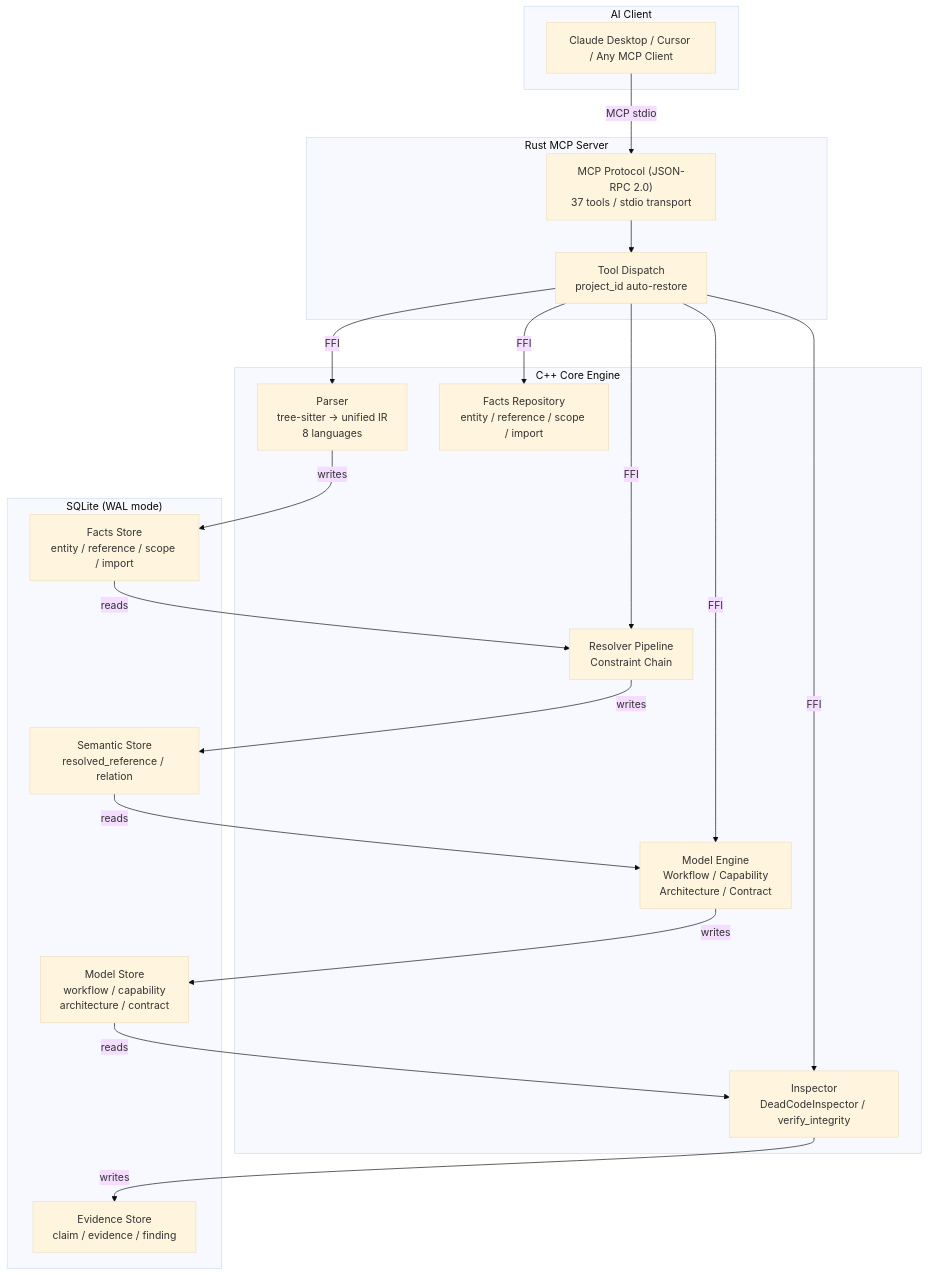
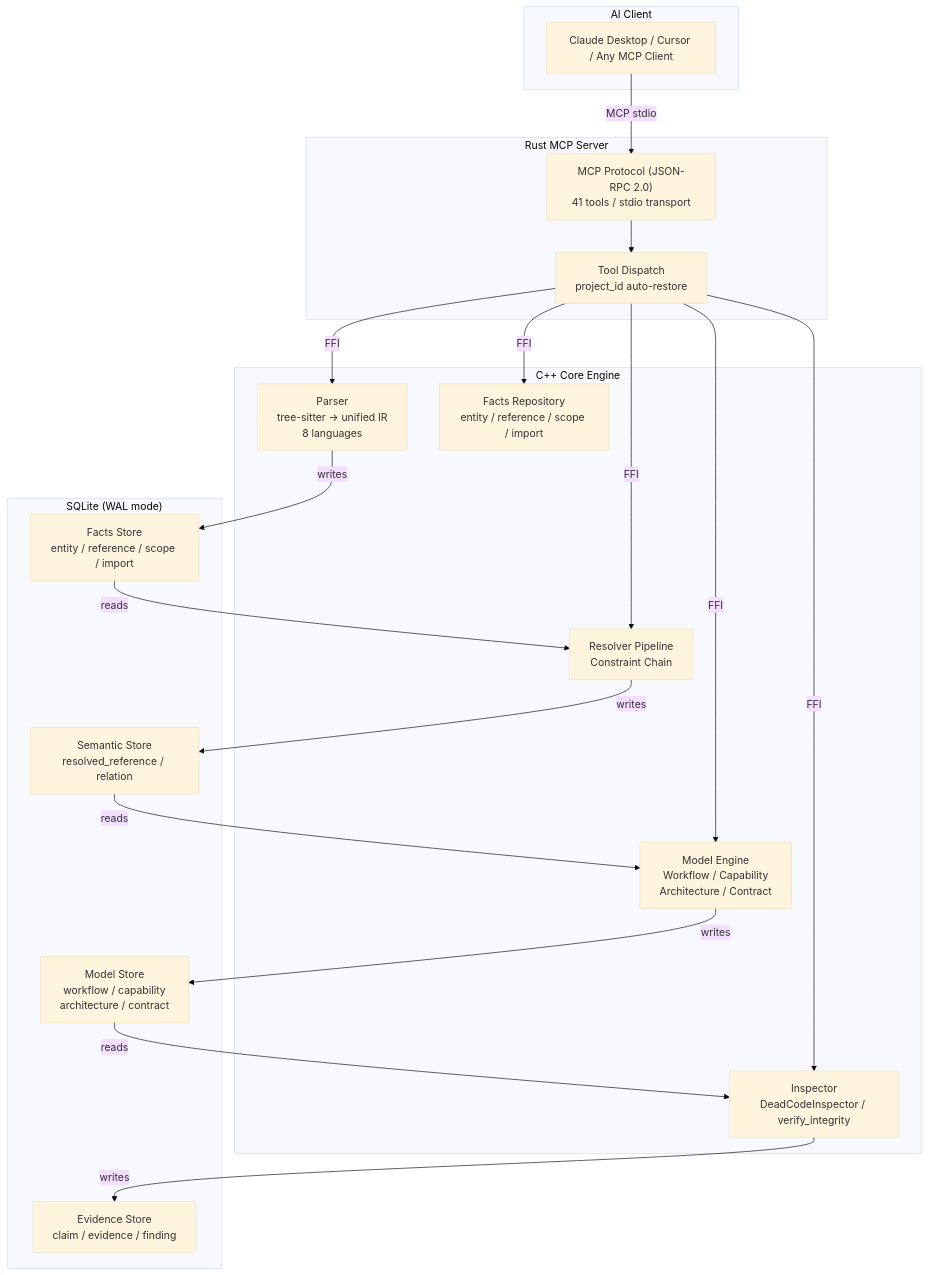
One commit to Timwood0x10/CodeScope changed the first of 3 diagrams in README.md. Above: the diagram before and after it, drawn with Mermaid (base theme). The commit also changed other lines of this file and 48 other files, not shown here.

````diff
--- a/README.md
+++ b/README.md
@@ -49,42 +49,42 @@
 ```mermaid
 graph TB
     subgraph "AI Client"
         Client["Claude Desktop / Cursor / Any MCP Client"]
     end
 
     subgraph "Rust MCP Server"
-        MCP["MCP Protocol (JSON-RPC 2.0)<br/>37 tools / stdio transport"]
+        MCP["MCP Protocol (JSON-RPC 2.0)<br/>41 tools / stdio transport"]
         DISPATCH["Tool Dispatch<br/>project_id auto-restore"]
     end
 
     subgraph "C++ Core Engine"
         PARSER["Parser<br/>tree-sitter → unified IR<br/>8 languages"]
         FACTS["Facts Repository<br/>entity / reference / scope / import"]
         RESOLVER["Resolver Pipeline<br/>Constraint Chain"]
         MODEL["Model Engine<br/>Workflow / Capability<br/>Architecture / Contract"]
         INSPECTOR["Inspector<br/>DeadCodeInspector / verify_integrity"]
     end
 
     subgraph "SQLite (WAL mode)"
         F_STORE["Facts Store<br/>entity / reference / scope / import"]
         S_STORE["Semantic Store<br/>resolved_reference / relation"]
         M_STORE["Model Store<br/>workflow / capability<br/>architecture / contract"]
         E_STORE["Evidence Store<br/>claim / evidence / finding"]
     end
 
     Client -->|"MCP stdio"| MCP
     MCP --> DISPATCH
     DISPATCH -->|"FFI"| PARSER
     DISPATCH -->|"FFI"| FACTS
     DISPATCH -->|"FFI"| RESOLVER
     DISPATCH -->|"FFI"| MODEL
     DISPATCH -->|"FFI"| INSPECTOR
 
     PARSER -->|"writes"| F_STORE
     F_STORE -->|"reads"| RESOLVER
     RESOLVER -->|"writes"| S_STORE
     S_STORE -->|"reads"| MODEL
     MODEL -->|"writes"| M_STORE
     M_STORE -->|"reads"| INSPECTOR
     INSPECTOR -->|"writes"| E_STORE
 ```
````
